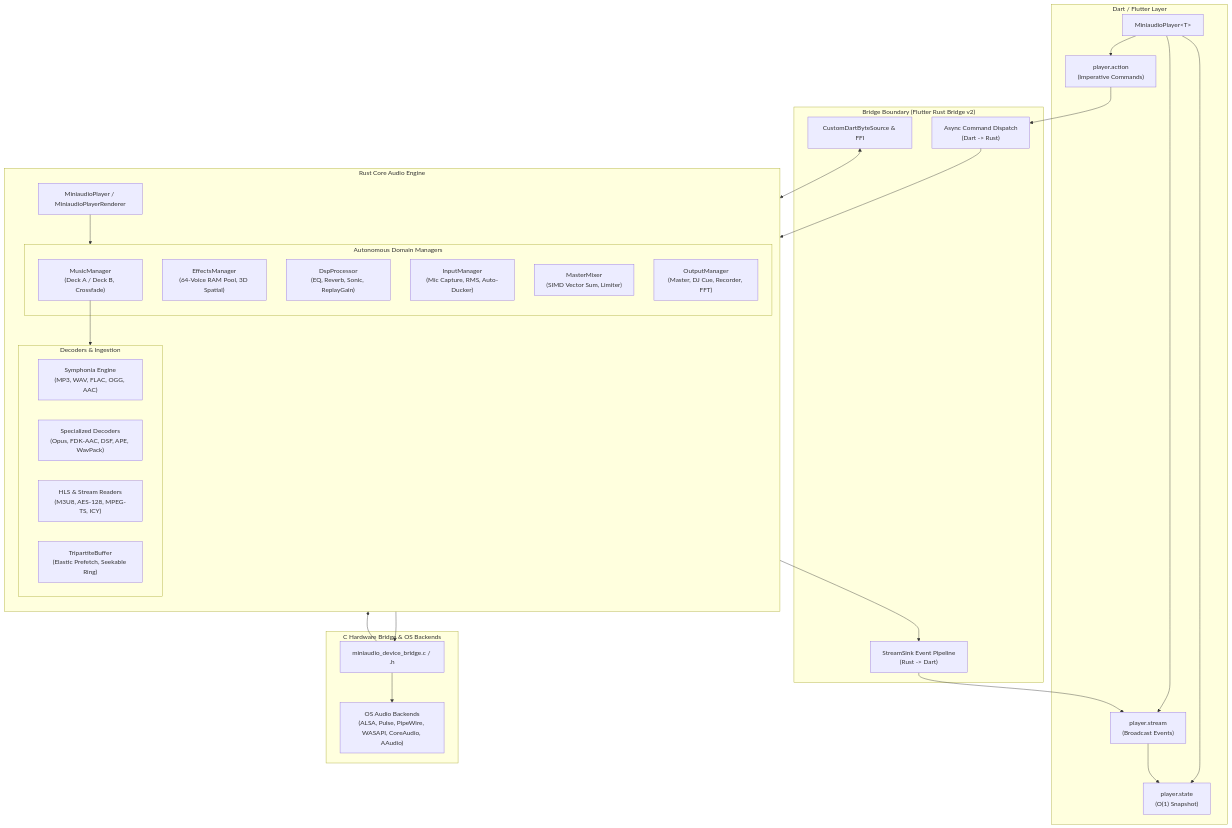
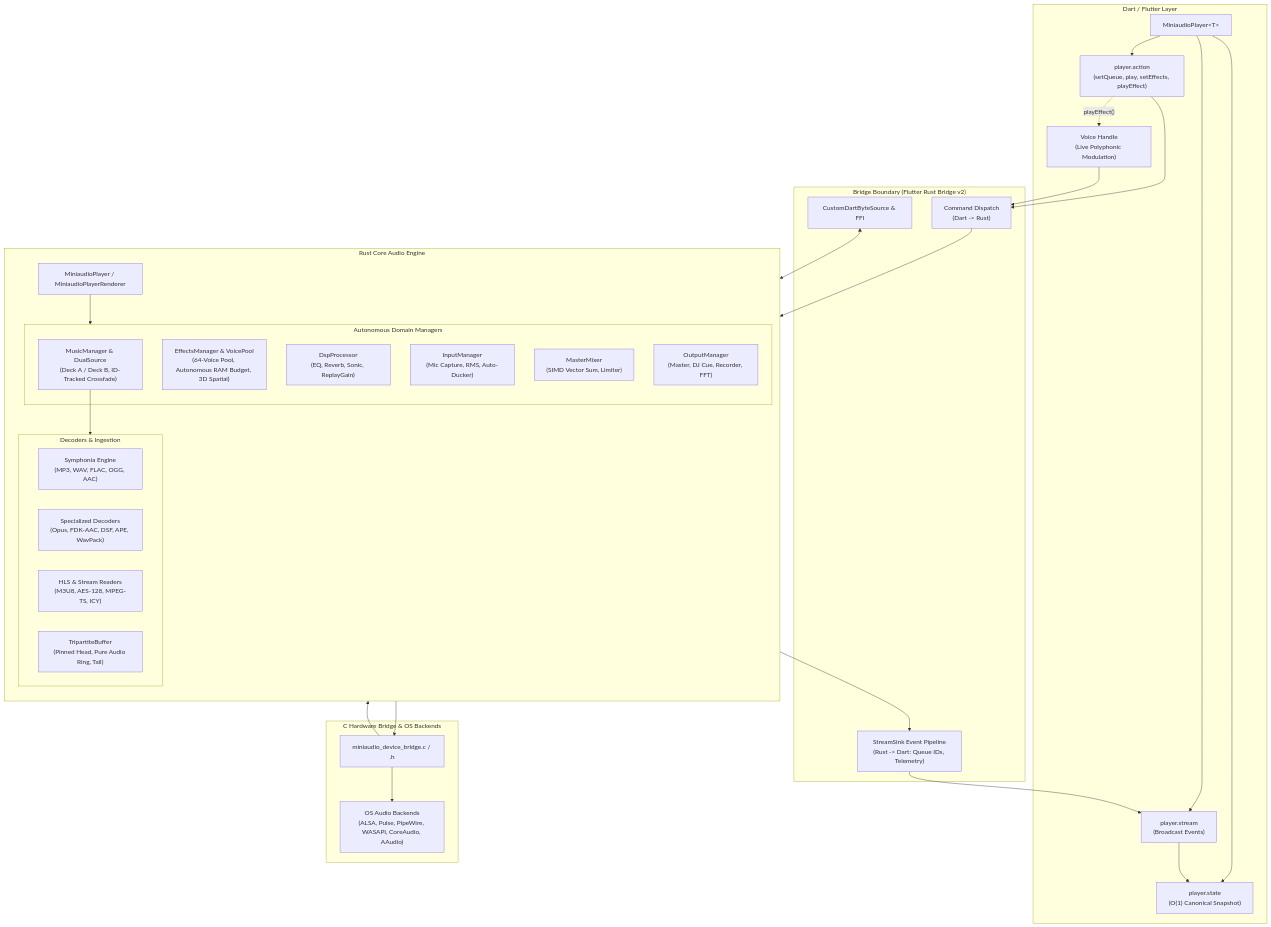
One commit to chomusuke-mk/miniaudio_player changed the first of 2 diagrams in docs/ARCHITECTURE.md. Above: the diagram before and after it, drawn with Mermaid. The commit also changed other lines of this file and 51 other files, not shown here.

````diff
--- a/docs/ARCHITECTURE.md
+++ b/docs/ARCHITECTURE.md
@@ -23,57 +23,60 @@
 ```mermaid
 flowchart TB
     subgraph Dart["Dart / Flutter Layer"]
         Player["MiniaudioPlayer&lt;T&gt;"]
-        Action["player.action\n(Imperative Commands)"]
-        State["player.state\n(O(1) Snapshot)"]
+        Action["player.action\n(setQueue, play, setEffects, playEffect)"]
+        State["player.state\n(O(1) Canonical Snapshot)"]
         Stream["player.stream\n(Broadcast Events)"]
+        VoiceHandle["Voice Handle\n(Live Polyphonic Modulation)"]
         Player --> Action
         Player --> State
         Player --> Stream
+        Action -.->|"playEffect()"| VoiceHandle
     end
 
     subgraph FRB["Bridge Boundary (Flutter Rust Bridge v2)"]
-        CommandChannel["Async Command Dispatch\n(Dart -> Rust)"]
-        EventChannel["StreamSink Event Pipeline\n(Rust -> Dart)"]
+        CommandChannel["Command Dispatch\n(Dart -> Rust)"]
+        EventChannel["StreamSink Event Pipeline\n(Rust -> Dart: Queue IDs, Telemetry)"]
         RawByteBridge["CustomDartByteSource & FFI"]
     end
 
     subgraph RustCore["Rust Core Audio Engine"]
         direction TB
         Orchestrator["MiniaudioPlayer / MiniaudioPlayerRenderer"]
         
         subgraph Domains["Autonomous Domain Managers"]
-            MM["MusicManager\n(Deck A / Deck B, Crossfade)"]
-            EM["EffectsManager\n(64-Voice RAM Pool, 3D Spatial)"]
+            MM["MusicManager & DualSource\n(Deck A / Deck B, ID-Tracked Crossfade)"]
+            EM["EffectsManager & VoicePool\n(64-Voice Pool, Autonomous RAM Budget, 3D Spatial)"]
             DSP["DspProcessor\n(EQ, Reverb, Sonic, ReplayGain)"]
             IM["InputManager\n(Mic Capture, RMS, Auto-Ducker)"]
             MIX["MasterMixer\n(SIMD Vector Sum, Limiter)"]
             OM["OutputManager\n(Master, DJ Cue, Recorder, FFT)"]
         end
 
         subgraph Decoders["Decoders & Ingestion"]
             Symphonia["Symphonia Engine\n(MP3, WAV, FLAC, OGG, AAC)"]
             CustomCodecs["Specialized Decoders\n(Opus, FDK-AAC, DSF, APE, WavPack)"]
             StreamingHLS["HLS & Stream Readers\n(M3U8, AES-128, MPEG-TS, ICY)"]
-            Tripartite["TripartiteBuffer\n(Elastic Prefetch, Seekable Ring)"]
+            Tripartite["TripartiteBuffer\n(Pinned Head, Pure Audio Ring, Tail)"]
         end
 
         Orchestrator --> Domains
         MM --> Decoders
     end
 
     subgraph Native["C Hardware Bridge & OS Backends"]
         CBridge["miniaudio_device_bridge.c / .h"]
         OSAudio["OS Audio Backends\n(ALSA, Pulse, PipeWire, WASAPI, CoreAudio, AAudio)"]
         CBridge --> OSAudio
     end
 
     Action --> CommandChannel
+    VoiceHandle --> CommandChannel
     CommandChannel --> Orchestrator
     Orchestrator --> EventChannel
     EventChannel --> Stream
     Stream --> State
     RawByteBridge <--> Decoders
     OM --> CBridge
     CBridge --> IM
 ```
````
